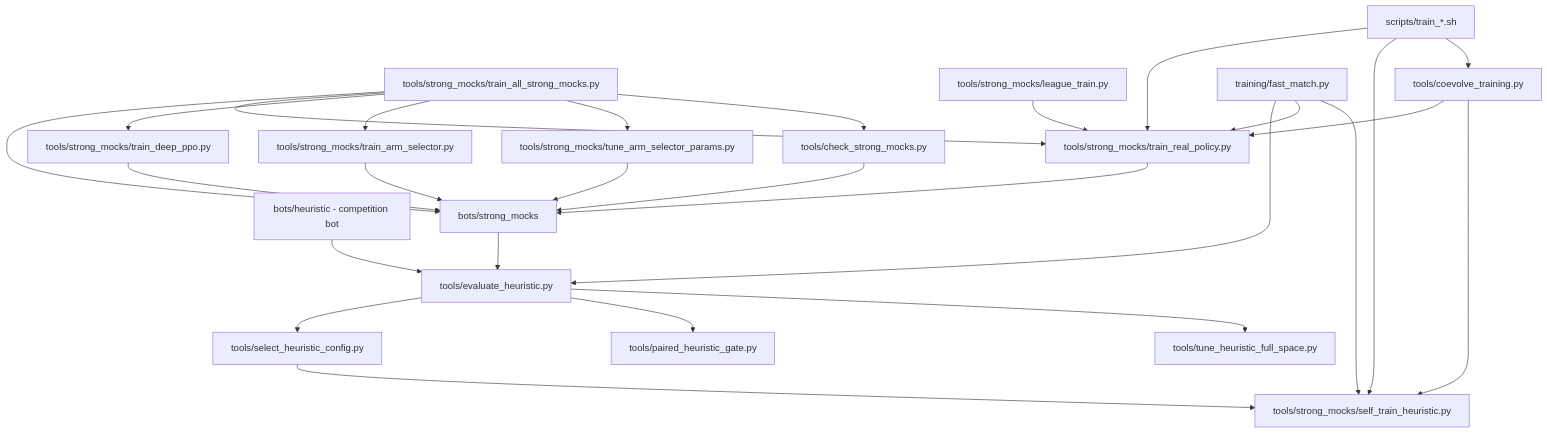
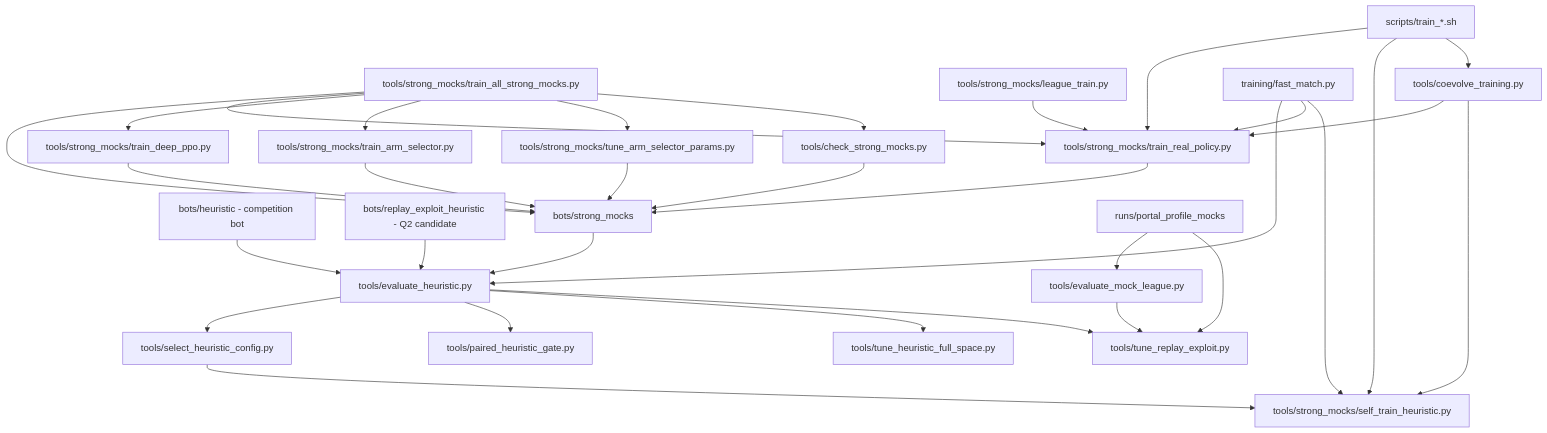
One commit to kosunghun317/fullhouse-engine changed the first of 2 diagrams in docs/training-pipelines.md. Above: the diagram before and after it, drawn with Mermaid. The commit also changed other lines of this file and 7 other files, not shown here.

Commit message:
Add replay exploit tuning and mock league tools

````diff
--- a/docs/training-pipelines.md
+++ b/docs/training-pipelines.md
@@ -24,32 +26,37 @@
 ```mermaid
 graph TD
     Heuristic["bots/heuristic - competition bot"] --> Eval["tools/evaluate_heuristic.py"]
+    ReplayExploit["bots/replay_exploit_heuristic - Q2 candidate"] --> Eval
     Eval --> Select["tools/select_heuristic_config.py"]
     Eval --> PairedGate["tools/paired_heuristic_gate.py"]
     Eval --> FullTune["tools/tune_heuristic_full_space.py"]
+    Eval --> ReplayTune["tools/tune_replay_exploit.py"]
     Select --> HeurSelf["tools/strong_mocks/self_train_heuristic.py"]
 
     StrongMocks["bots/strong_mocks"] --> Eval
     AllStrong["tools/strong_mocks/train_all_strong_mocks.py"] --> StrongMocks
     RealTrain["tools/strong_mocks/train_real_policy.py"] --> StrongMocks
     DeepTrain["tools/strong_mocks/train_deep_ppo.py"] --> StrongMocks
     ArmTrain["tools/strong_mocks/train_arm_selector.py"] --> StrongMocks
     ArmTune["tools/strong_mocks/tune_arm_selector_params.py"] --> StrongMocks
     StrongGate["tools/check_strong_mocks.py"] --> StrongMocks
     AllStrong --> RealTrain
     AllStrong --> DeepTrain
     AllStrong --> ArmTrain
     AllStrong --> ArmTune
     AllStrong --> StrongGate
     League["tools/strong_mocks/league_train.py"] --> RealTrain
     Coevolve["tools/coevolve_training.py"] --> RealTrain
     Coevolve --> HeurSelf
 
     Scripts["scripts/train_*.sh"] --> RealTrain
     Scripts --> HeurSelf
     Scripts --> Coevolve
 
     FastRunner["training/fast_match.py"] --> Eval
     FastRunner --> RealTrain
     FastRunner --> HeurSelf
+    PortalMocks["runs/portal_profile_mocks"] --> MockLeague["tools/evaluate_mock_league.py"]
+    PortalMocks --> ReplayTune
+    MockLeague --> ReplayTune
 ```
````
